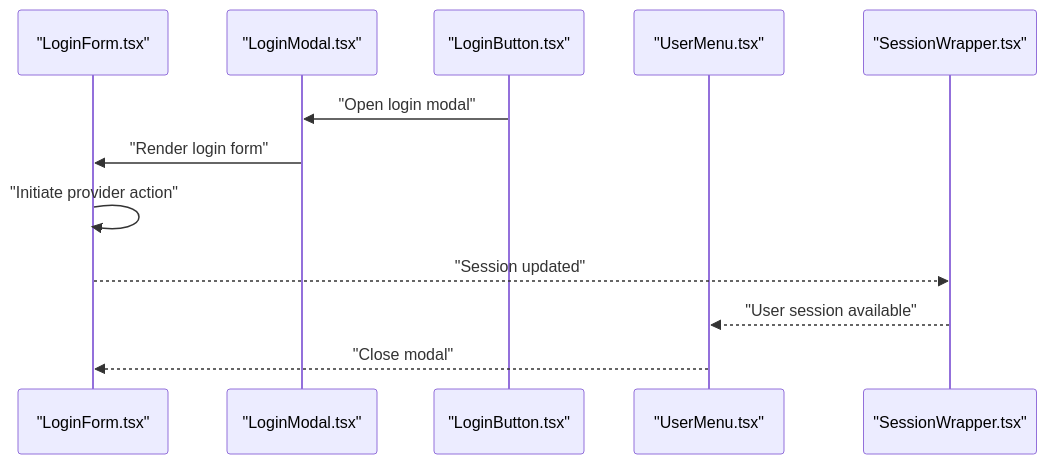
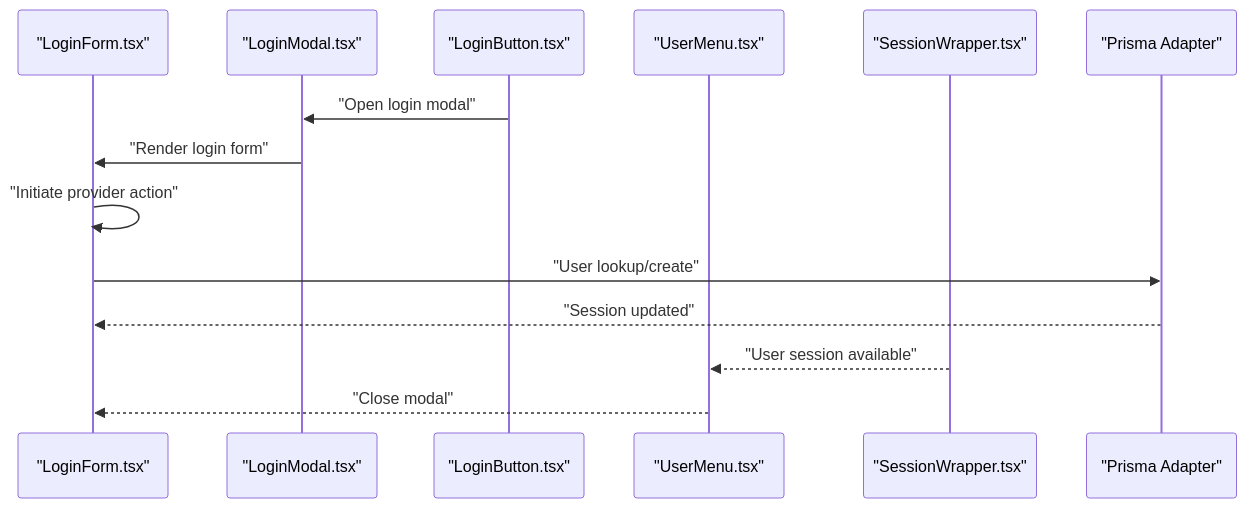
The fifth of 6 diagrams in .qoder/repowiki/en/content/Authentication & Authorization.md (AlexKutz/math-app-next-js), drawn with Mermaid before and after one commit. The commit also changed other lines of this file and 9 other files, not shown here.

````diff
--- a/.qoder/repowiki/en/content/Authentication & Authorization.md
+++ b/.qoder/repowiki/en/content/Authentication & Authorization.md
@@ -251,14 +294,16 @@
 ```mermaid
 sequenceDiagram
 participant UI as "LoginForm.tsx"
 participant Modal as "LoginModal.tsx"
 participant Button as "LoginButton.tsx"
 participant Menu as "UserMenu.tsx"
 participant Wrap as "SessionWrapper.tsx"
+participant Adapter as "Prisma Adapter"
 Button->>Modal : "Open login modal"
 Modal->>UI : "Render login form"
 UI->>UI : "Initiate provider action"
-UI-->>Wrap : "Session updated"
+UI->>Adapter : "User lookup/create"
+Adapter-->>UI : "Session updated"
 Wrap-->>Menu : "User session available"
 Menu-->>UI : "Close modal"
 ```
````
